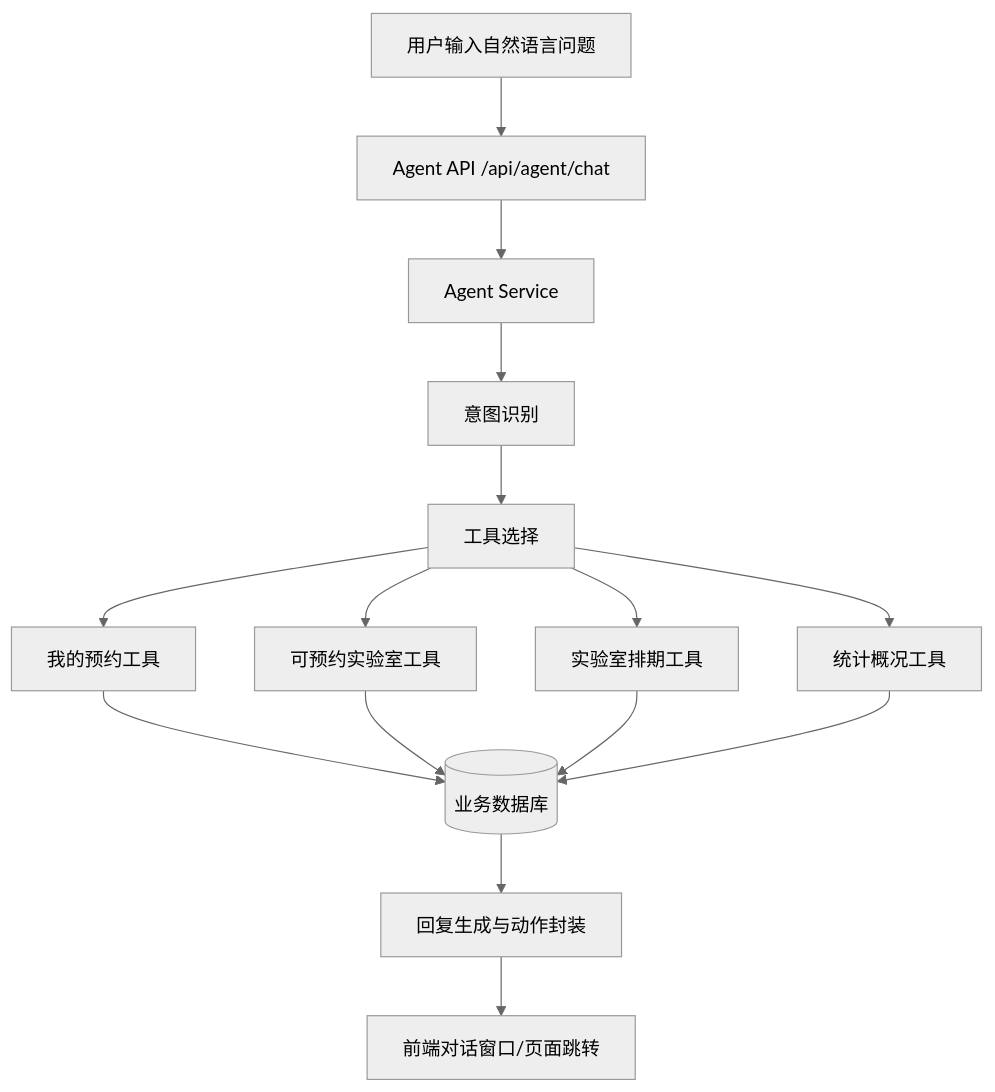
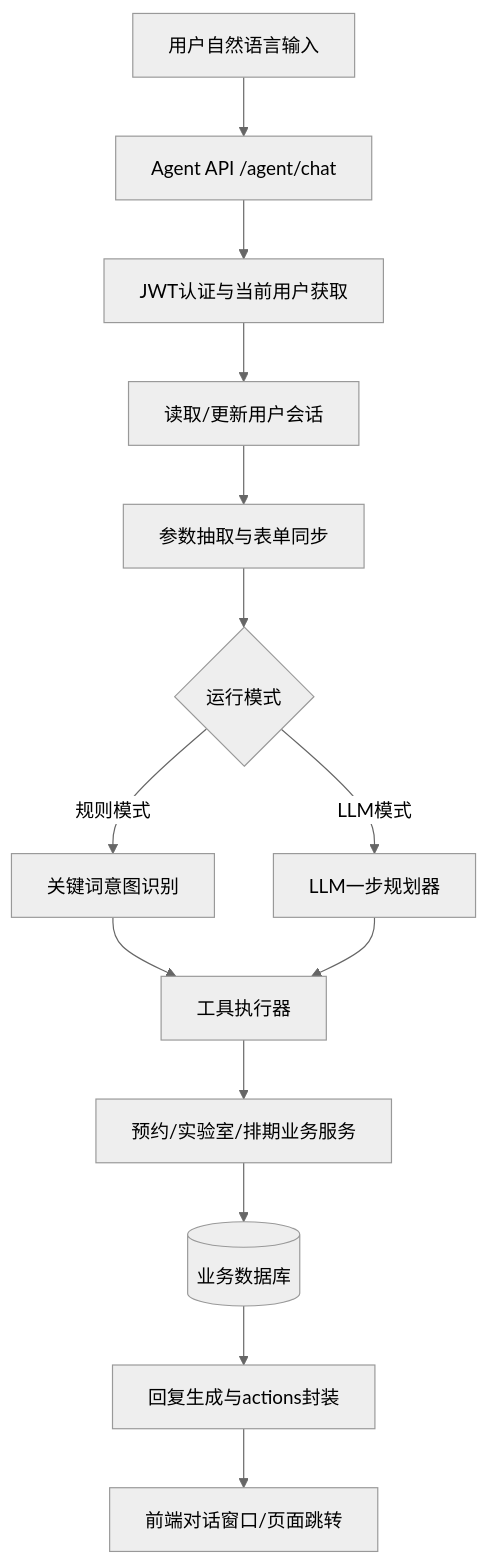
Diagram 11 of 13 in 论文初稿.md (xzhengdev/LaboratoryManagementSystem), drawn with Mermaid (neutral theme) before and after one commit. The commit also changed other lines of this file, not shown here.

````diff
--- a/论文初稿.md
+++ b/论文初稿.md
@@ -886,17 +893,16 @@
 ```mermaid
 flowchart TB
-    User["用户输入自然语言问题"] --> AgentAPI["Agent API /api/agent/chat"]
-    AgentAPI --> AgentService["Agent Service"]
-    AgentService --> Intent["意图识别"]
-    Intent --> ToolSelect["工具选择"]
-    ToolSelect --> MyRes["我的预约工具"]
-    ToolSelect --> AvailableLabs["可预约实验室工具"]
-    ToolSelect --> Schedule["实验室排期工具"]
-    ToolSelect --> Stats["统计概况工具"]
-    MyRes --> DB[("业务数据库")]
-    AvailableLabs --> DB
-    Schedule --> DB
-    Stats --> DB
-    DB --> ResponseBuild["回复生成与动作封装"]
-    ResponseBuild --> Client["前端对话窗口/页面跳转"]
+    User["用户自然语言输入"] --> AgentAPI["Agent API /agent/chat"]
+    AgentAPI --> Auth["JWT认证与当前用户获取"]
+    Auth --> Session["读取/更新用户会话"]
+    Session --> Extract["参数抽取与表单同步"]
+    Extract --> Mode{"运行模式"}
+    Mode -->|规则模式| Rule["关键词意图识别"]
+    Mode -->|LLM模式| Planner["LLM一步规划器"]
+    Rule --> ToolExec["工具执行器"]
+    Planner --> ToolExec
+    ToolExec --> Biz["预约/实验室/排期业务服务"]
+    Biz --> DB[("业务数据库")]
+    DB --> Reply["回复生成与actions封装"]
+    Reply --> Client["前端对话窗口/页面跳转"]
 ```
````
